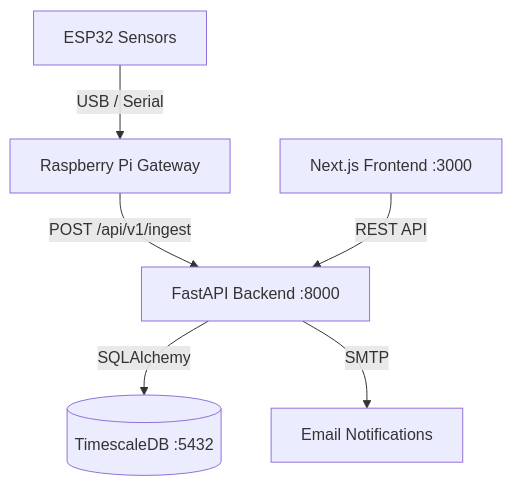
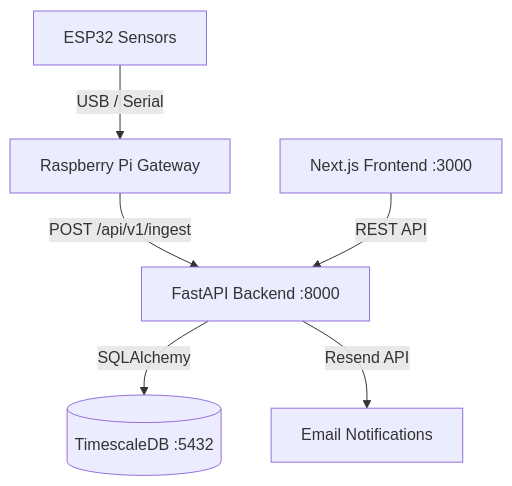
One commit to Dinten-dev/GreenMindDB changed the diagram in README.md. Above: the diagram before and after it, drawn with Mermaid. The commit also changed other lines of this file, not shown here.

Commit message:
docs(readme): update for Resend email, deploy script, form persistence, and admin endpoints

````diff
--- a/README.md
+++ b/README.md
@@ -45,8 +45,8 @@
 ```mermaid
 graph TD;
     Sensors[ESP32 Sensors] -->|USB / Serial| Pi[Raspberry Pi Gateway]
     Pi -->|POST /api/v1/ingest| API[FastAPI Backend :8000]
     API -->|SQLAlchemy| DB[(TimescaleDB :5432)]
     UI[Next.js Frontend :3000] -->|REST API| API
-    API -->|SMTP| Email[Email Notifications]
+    API -->|Resend API| Email[Email Notifications]
 ```
````
